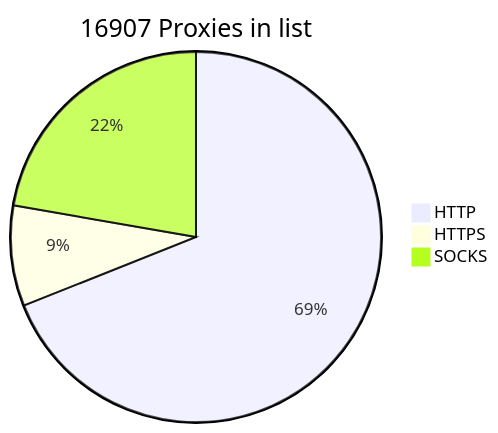
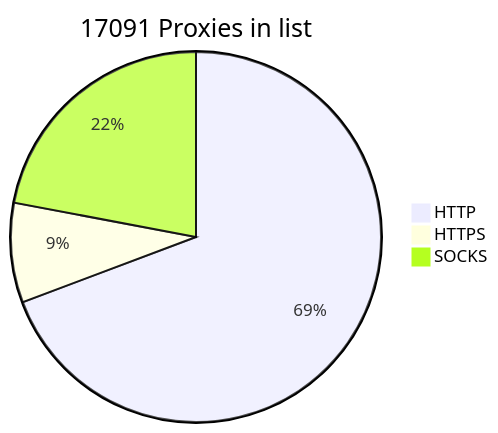
Before and after one commit to BlackSnowDot/proxylist-update-every-minute: the diagram in README.md, drawn with Mermaid. The commit also changed other lines of this file, not shown here.

````diff
--- a/README.md
+++ b/README.md
@@ -2,6 +2,6 @@
 ```mermaid
-pie title 16907 Proxies in list
-    "HTTP" : 11991
-    "HTTPS": 1524
+pie title 17091 Proxies in list
+    "HTTP" : 12172
+    "HTTPS": 1528
     "SOCKS" : 3870
 ```
````
